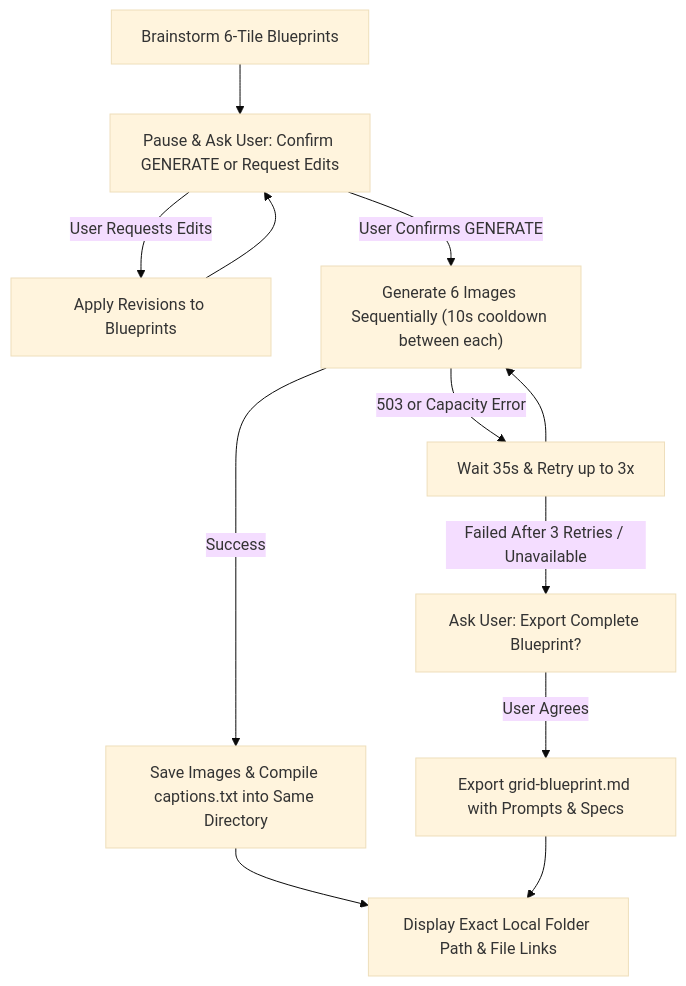
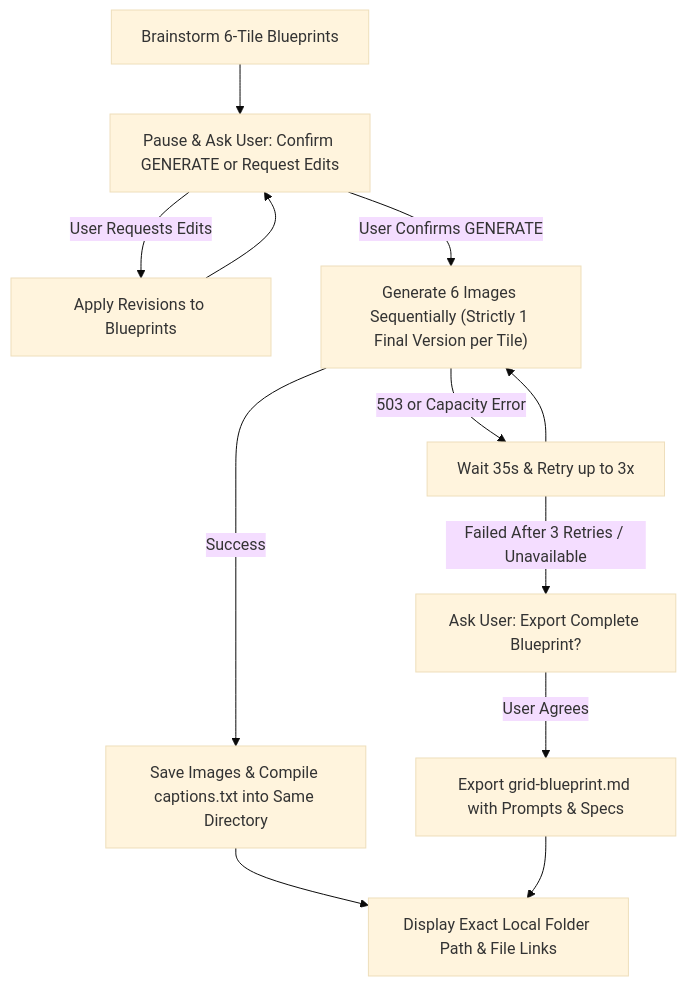
One commit to fryawhd-ctrl/ig-grid-brainstorm changed the diagram in README.md. Above: the diagram before and after it, drawn with Mermaid (base theme). The commit also changed other lines of this file and 3 other files, not shown here.

Commit message:
Enforce humanizer and no-ai-slop, add Instagram SEO funnel strategy, 3-tier hashtags, and 1-image-per-tile generation

````diff
--- a/README.md
+++ b/README.md
@@ -32,14 +49,14 @@
 ```mermaid
 flowchart TD
     A["Brainstorm 6-Tile Blueprints"] --> B["Pause & Ask User: Confirm GENERATE or Request Edits"]
     B -->|User Requests Edits| C["Apply Revisions to Blueprints"]
     C --> B
-    B -->|User Confirms GENERATE| D["Generate 6 Images Sequentially (10s cooldown between each)"]
+    B -->|User Confirms GENERATE| D["Generate 6 Images Sequentially (Strictly 1 Final Version per Tile)"]
     D -->|503 or Capacity Error| R["Wait 35s & Retry up to 3x"]
     R --> D
     D -->|Success| E["Save Images & Compile captions.txt into Same Directory"]
     E --> F["Display Exact Local Folder Path & File Links"]
     R -->|Failed After 3 Retries / Unavailable| G["Ask User: Export Complete Blueprint?"]
     G -->|User Agrees| H["Export grid-blueprint.md with Prompts & Specs"]
     H --> F
 ```
````
